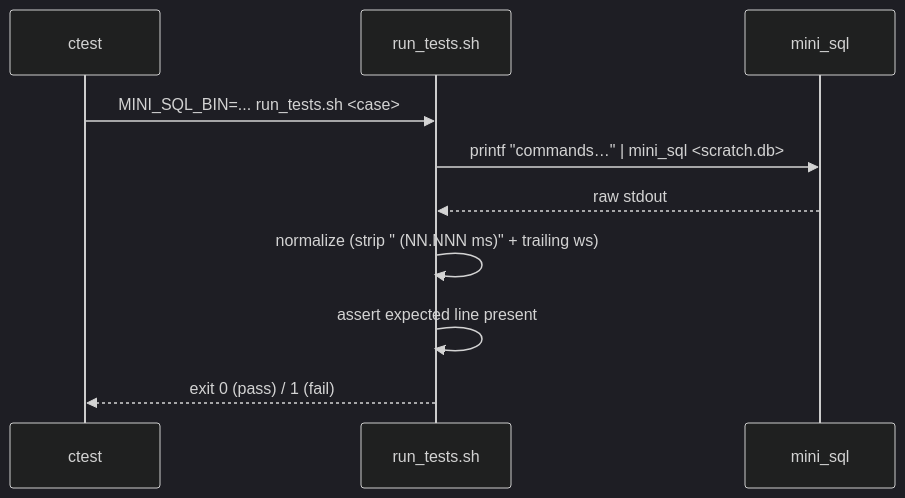
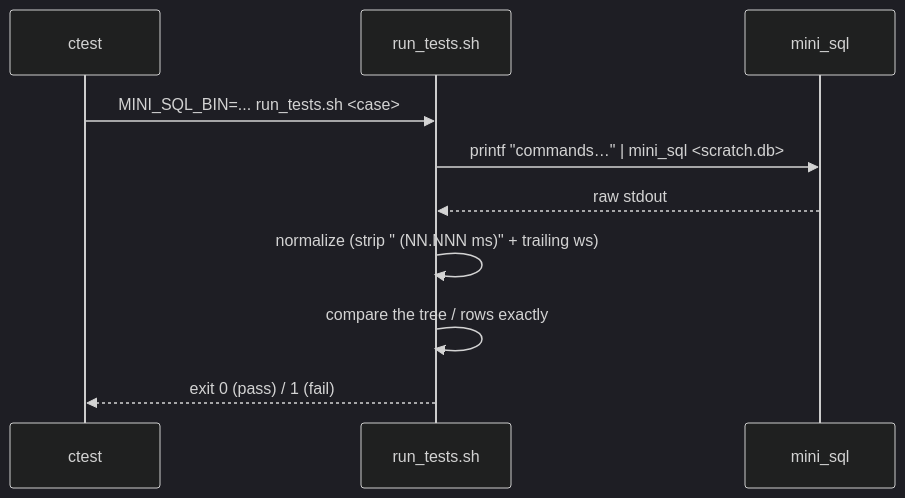
Before and after one commit to Rohitangshu2026/mini-sql: diagram 15 of 16 in README.md, drawn with Mermaid (dark theme). The commit also changed other lines of this file, not shown here.

First line of the commit message:
docs: rewrite the README for the B-tree storage engine

````diff
--- a/README.md
+++ b/README.md
@@ -572,13 +740,13 @@
 ```mermaid
 sequenceDiagram
     participant CT as ctest
     participant SH as run_tests.sh
     participant DB as mini_sql
 
     CT->>SH: MINI_SQL_BIN=... run_tests.sh <case>
     SH->>DB: printf "commands…" | mini_sql <scratch.db>
     DB-->>SH: raw stdout
     SH->>SH: normalize (strip " (NN.NNN ms)" + trailing ws)
-    SH->>SH: assert expected line present
+    SH->>SH: compare the tree / rows exactly
     SH-->>CT: exit 0 (pass) / 1 (fail)
 ```
````
